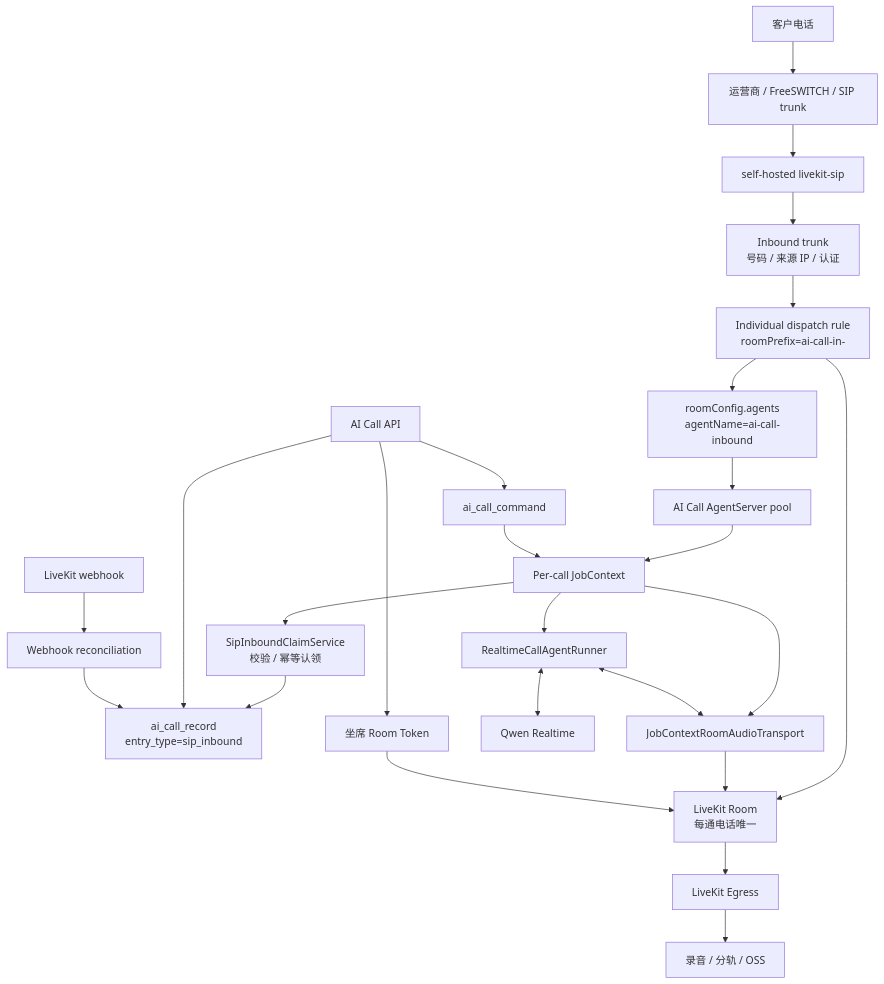
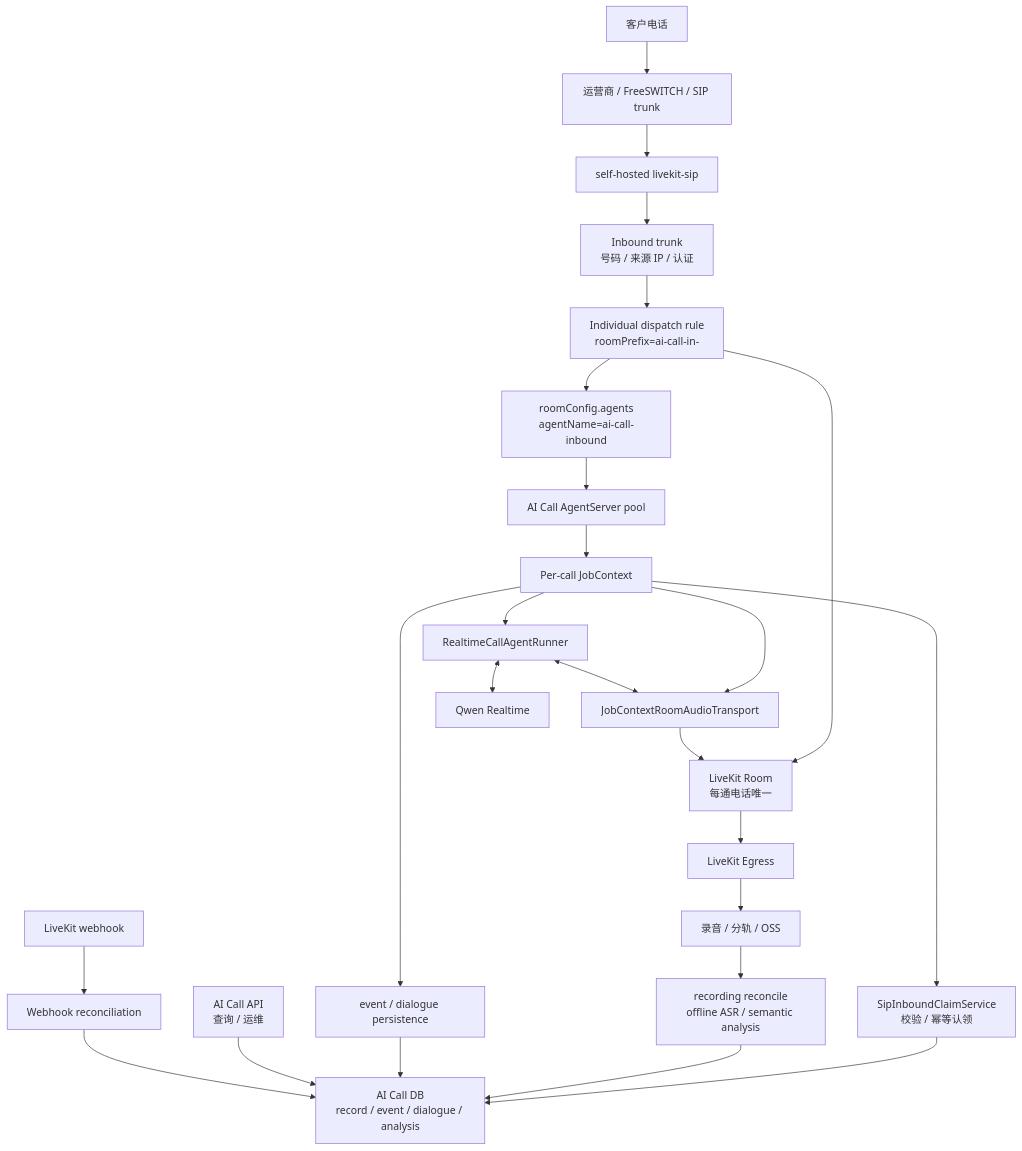
The first of 2 diagrams in docs/livekit-ai-outbound/phases/phase-f-sip-inbound-dispatch-worker-design.md (tianzhenkun/ai-call), drawn with Mermaid before and after one commit. The commit also changed other lines of this file, not shown here.

Commit message:
文档：收口 AI-only SIP 呼入与通话后处理设计

````diff
--- a/docs/livekit-ai-outbound/phases/phase-f-sip-inbound-dispatch-worker-design.md
+++ b/docs/livekit-ai-outbound/phases/phase-f-sip-inbound-dispatch-worker-design.md
@@ -191,31 +192,31 @@
 ```mermaid
 flowchart TB
   Phone["客户电话"] --> Provider["运营商 / FreeSWITCH / SIP trunk"]
   Provider --> SipSvc["self-hosted livekit-sip"]
   SipSvc --> Trunk["Inbound trunk<br/>号码 / 来源 IP / 认证"]
   Trunk --> Rule["Individual dispatch rule<br/>roomPrefix=ai-call-in-"]
   Rule --> Room["LiveKit Room<br/>每通电话唯一"]
   Rule --> Dispatch["roomConfig.agents<br/>agentName=ai-call-inbound"]
   Dispatch --> AgentServer["AI Call AgentServer pool"]
   AgentServer --> Job["Per-call JobContext"]
 
   Job --> Claim["SipInboundClaimService<br/>校验 / 幂等认领"]
-  Claim --> Record["ai_call_record<br/>entry_type=sip_inbound"]
+  Claim --> Database["AI Call DB<br/>record / event / dialogue / analysis"]
   Job --> Transport["JobContextRoomAudioTransport"]
   Transport --> Room
   Job --> Runner["RealtimeCallAgentRunner"]
   Runner <--> Qwen["Qwen Realtime"]
   Runner <--> Transport
 
   Room --> Egress["LiveKit Egress"]
   Egress --> Recording["录音 / 分轨 / OSS"]
+  Recording --> PostCall["recording reconcile<br/>offline ASR / semantic analysis"]
+  PostCall --> Database
+  Job --> Persistence["event / dialogue persistence"]
+  Persistence --> Database
 
-  Api["AI Call API"] --> Record
-  Api --> Command["ai_call_command"]
-  Command --> Job
-  Api --> Token["坐席 Room Token"]
-  Token --> Room
+  Api["AI Call API<br/>查询 / 运维"] --> Database
 
   Webhook["LiveKit webhook"] --> Reconcile["Webhook reconciliation"]
-  Reconcile --> Record
+  Reconcile --> Database
 ```
````
